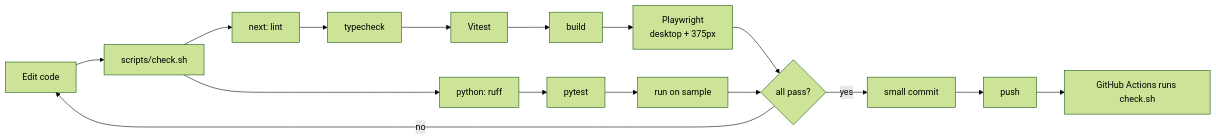
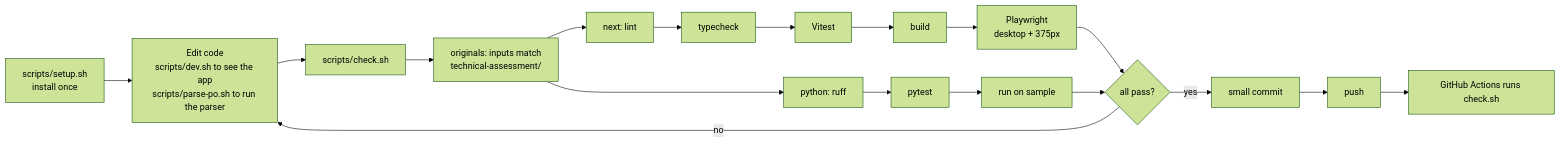
One commit to TRUPALIX9/bhf-take-home changed the tenth of 10 diagrams in docs/DESIGN.md. Above: the diagram before and after it, drawn with Mermaid (forest theme). The commit also changed other lines of this file and 7 other files, not shown here.

First line of the commit message:
Terminal scripts with --help; design diagrams updated and decluttered

````diff
--- a/docs/DESIGN.md
+++ b/docs/DESIGN.md
@@ -232,10 +242,12 @@
 ```mermaid
 flowchart LR
-  DEV["Edit code"] --> CHK["scripts/check.sh"]
-  CHK --> N1["next: lint"] --> N2["typecheck"] --> N3["Vitest"] --> N4["build"] --> N5["Playwright<br/>desktop + 375px"]
-  CHK --> P1["python: ruff"] --> P2["pytest"] --> P3["run on sample"]
+  SET["scripts/setup.sh<br/>install once"] --> DEV["Edit code<br/>scripts/dev.sh to see the app<br/>scripts/parse-po.sh to run the parser"]
+  DEV --> CHK["scripts/check.sh"]
+  CHK --> O1["originals: inputs match<br/>technical-assessment/"]
+  O1 --> N1["next: lint"] --> N2["typecheck"] --> N3["Vitest"] --> N4["build"] --> N5["Playwright<br/>desktop + 375px"]
+  O1 --> P1["python: ruff"] --> P2["pytest"] --> P3["run on sample"]
   N5 --> OK{"all pass?"}
   P3 --> OK
   OK -- yes --> C["small commit"] --> GH["push"] --> CI["GitHub Actions runs check.sh"]
   OK -- no --> DEV
 ```
````
